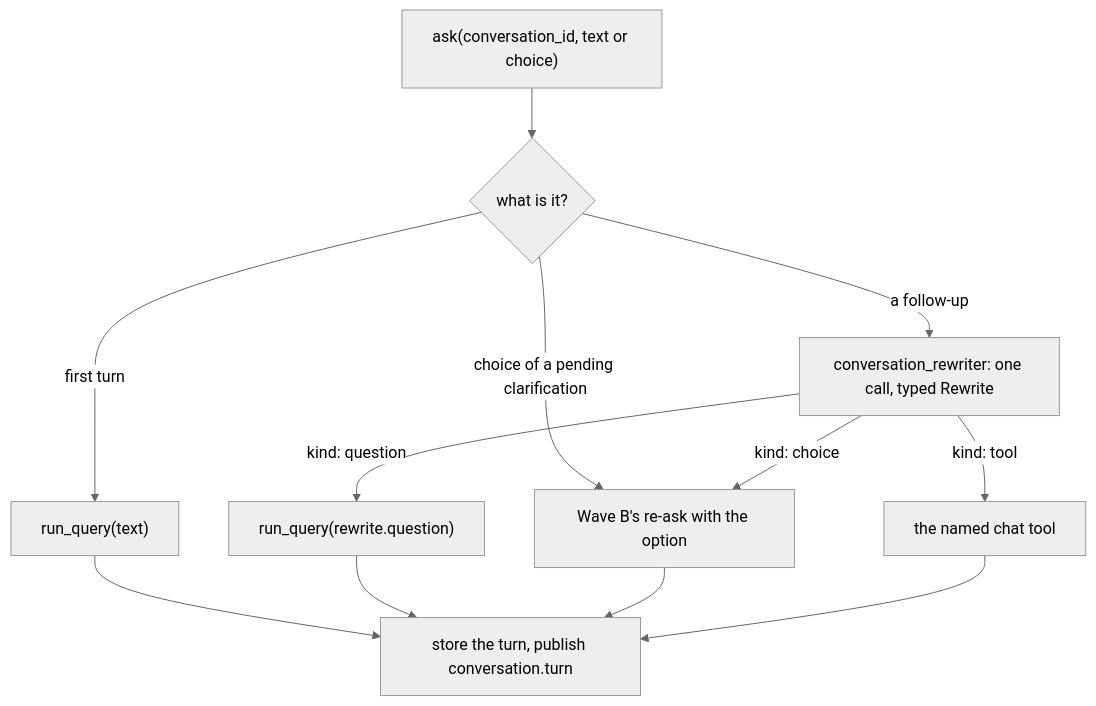
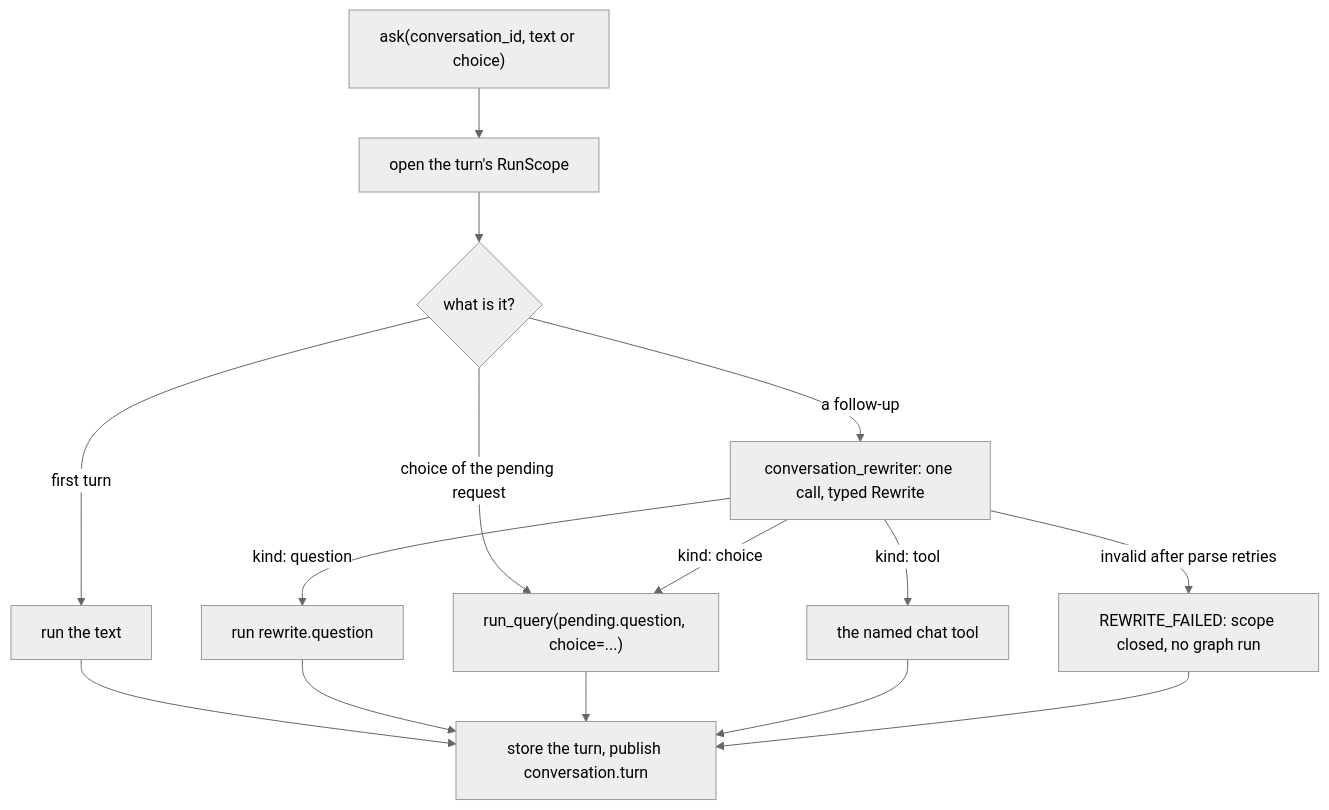
One commit to nadeem4/nl2sql changed the second of 4 diagrams in docs/architecture/wave_c.md. Above: the diagram before and after it, drawn with Mermaid (neutral theme). The commit also changed other lines of this file, not shown here.

Commit message:
docs(architecture): Wave C design, review fixes and alignment with Waves A and B

````diff
--- a/docs/architecture/wave_c.md
+++ b/docs/architecture/wave_c.md
@@ -212,14 +222,17 @@
 ```mermaid
 flowchart TD
-  IN["ask(conversation_id, text or choice)"] --> K{"what is it?"}
-  K -->|"first turn"| RUN["run_query(text)"]
-  K -->|"choice of a pending clarification"| RE["Wave B's re-ask with the option"]
+  IN["ask(conversation_id, text or choice)"] --> SC["open the turn's RunScope"]
+  SC --> K{"what is it?"}
+  K -->|"first turn"| RUN["run the text"]
+  K -->|"choice of the pending request"| RE["run_query(pending.question, choice=...)"]
   K -->|"a follow-up"| RW["conversation_rewriter: one call, typed Rewrite"]
-  RW -->|"kind: question"| RUN2["run_query(rewrite.question)"]
+  RW -->|"kind: question"| RUN2["run rewrite.question"]
   RW -->|"kind: choice"| RE
   RW -->|"kind: tool"| TOOL["the named chat tool"]
+  RW -->|"invalid after parse retries"| FAIL["REWRITE_FAILED: scope closed, no graph run"]
   RUN --> ST["store the turn, publish conversation.turn"]
   RUN2 --> ST
   RE --> ST
   TOOL --> ST
+  FAIL --> ST
 ```
````
